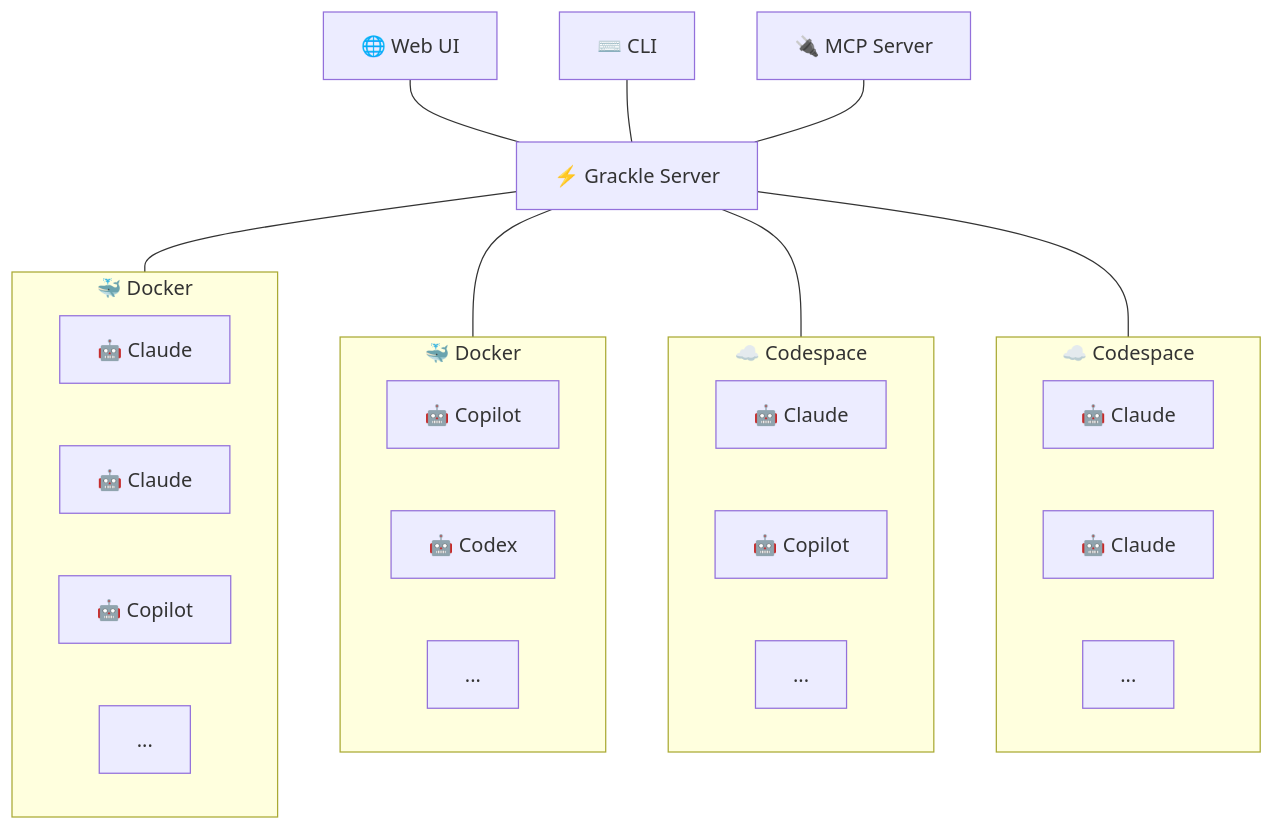
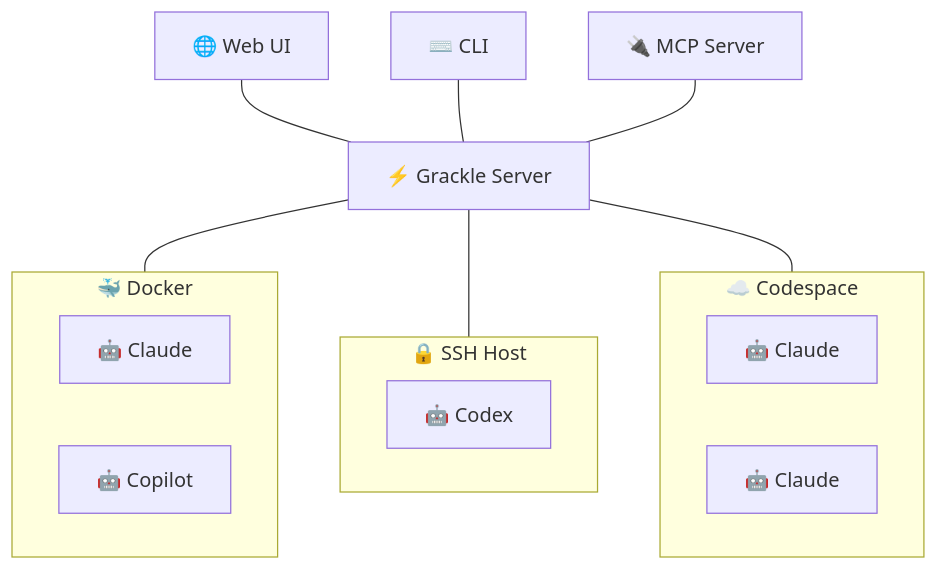
Before and after one commit to nick-pape/grackle: the diagram in apps/docs-site/docs/intro.md, drawn with Mermaid. The commit also changed other lines of this file and 14 other files, not shown here.

````diff
--- a/apps/docs-site/docs/intro.md
+++ b/apps/docs-site/docs/intro.md
@@ -98,25 +42,21 @@
 ```mermaid
 graph TD
     UI["🌐 Web UI"]
     CLI["⌨️ CLI"]
     MCP["🔌 MCP Server"]
     UI & CLI & MCP --- S["⚡ Grackle Server"]
 
     subgraph D1["🐳 Docker"]
-        D1A["🤖 Claude"] & D1B["🤖 Claude"] & D1C["🤖 Copilot"] & D1D["..."]
+        D1A["🤖 Claude"] & D1B["🤖 Copilot"]
     end
 
-    subgraph D2["🐳 Docker"]
-        D2A["🤖 Copilot"] & D2B["🤖 Codex"] & D2C["..."]
+    subgraph SSH["🔒 SSH Host"]
+        S1A["🤖 Codex"]
     end
 
-    subgraph CS1["☁️ Codespace"]
-        CS1A["🤖 Claude"] & CS1B["🤖 Copilot"] & CS1C["..."]
+    subgraph CS["☁️ Codespace"]
+        CS1A["🤖 Claude"] & CS1B["🤖 Claude"]
     end
 
-    subgraph CS2["☁️ Codespace"]
-        CS2A["🤖 Claude"] & CS2B["🤖 Claude"] & CS2C["..."]
-    end
-
-    S --- D1 & D2 & CS1 & CS2
+    S --- D1 & SSH & CS
 ```
````
